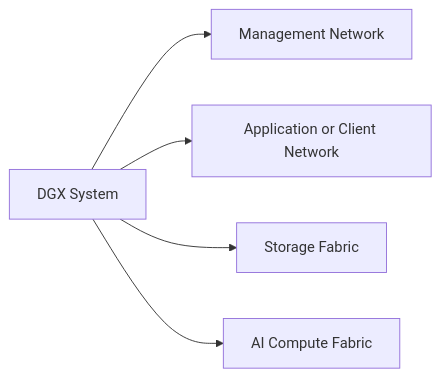
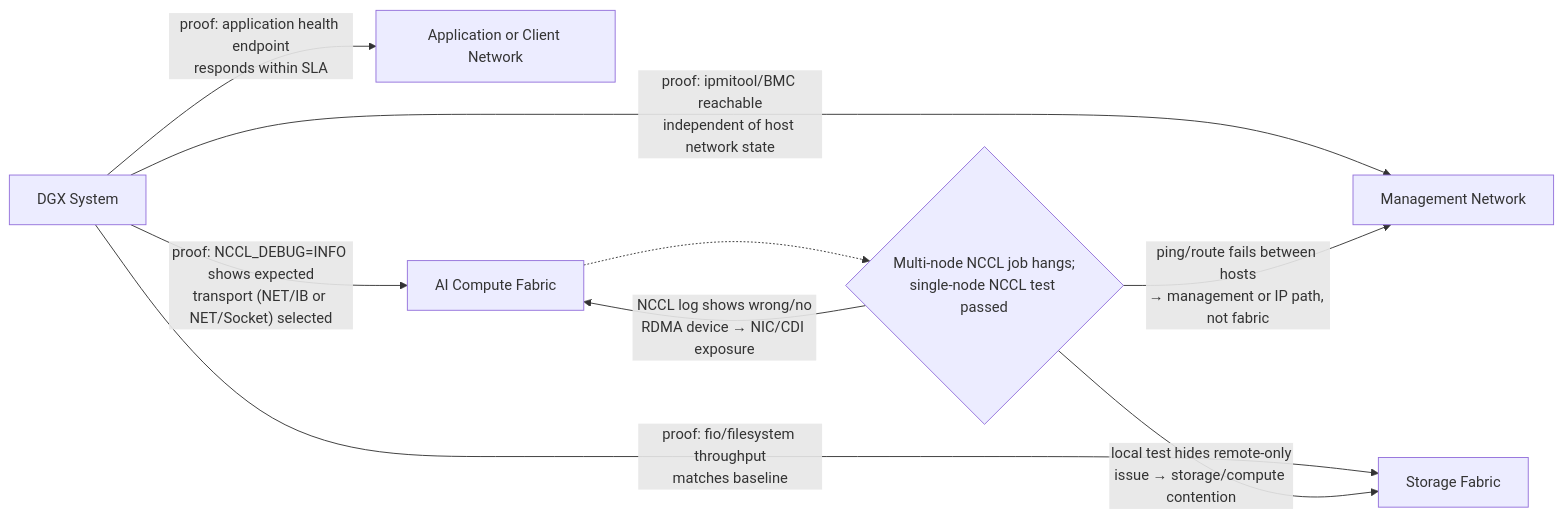
One commit to jithinpnjm/nvidia-devops changed the first of 2 diagrams in docs/nvidia-zero-to-hero/volume-05/chapter-06-dgx-networking-and-fabric-integration.md. Above: the diagram before and after it, drawn with Mermaid. The commit also changed other lines of this file and 5 other files, not shown here.

````diff
--- a/docs/nvidia-zero-to-hero/volume-05/chapter-06-dgx-networking-and-fabric-integration.md
+++ b/docs/nvidia-zero-to-hero/volume-05/chapter-06-dgx-networking-and-fabric-integration.md
@@ -38,13 +38,19 @@
 ```mermaid
 flowchart LR
     DGX[DGX System]
     Mgmt[Management Network]
     Client[Application or Client Network]
     Storage[Storage Fabric]
     Compute[AI Compute Fabric]
+    Hang{"Multi-node NCCL job hangs;<br/>single-node NCCL test passed"}
 
-    DGX --> Mgmt
-    DGX --> Client
-    DGX --> Storage
-    DGX --> Compute
+    DGX -->|"proof: ipmitool/BMC reachable<br/>independent of host network state"| Mgmt
+    DGX -->|"proof: application health endpoint<br/>responds within SLA"| Client
+    DGX -->|"proof: fio/filesystem throughput<br/>matches baseline"| Storage
+    DGX -->|"proof: NCCL_DEBUG=INFO shows expected<br/>transport (NET/IB or NET/Socket) selected"| Compute
+
+    Compute -.-> Hang
+    Hang -->|"NCCL log shows wrong/no<br/>RDMA device → NIC/CDI exposure"| Compute
+    Hang -->|"ping/route fails between hosts<br/>→ management or IP path, not fabric"| Mgmt
+    Hang -->|"local test hides remote-only<br/>issue → storage/compute contention"| Storage
 ```
````
